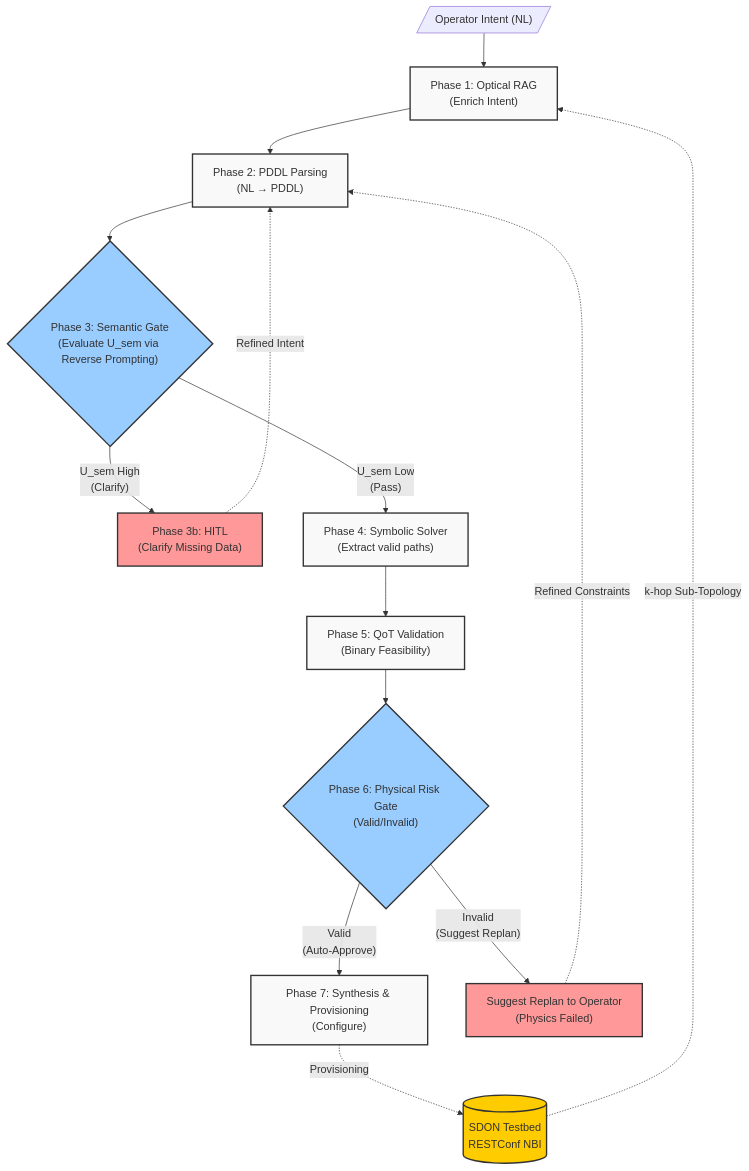
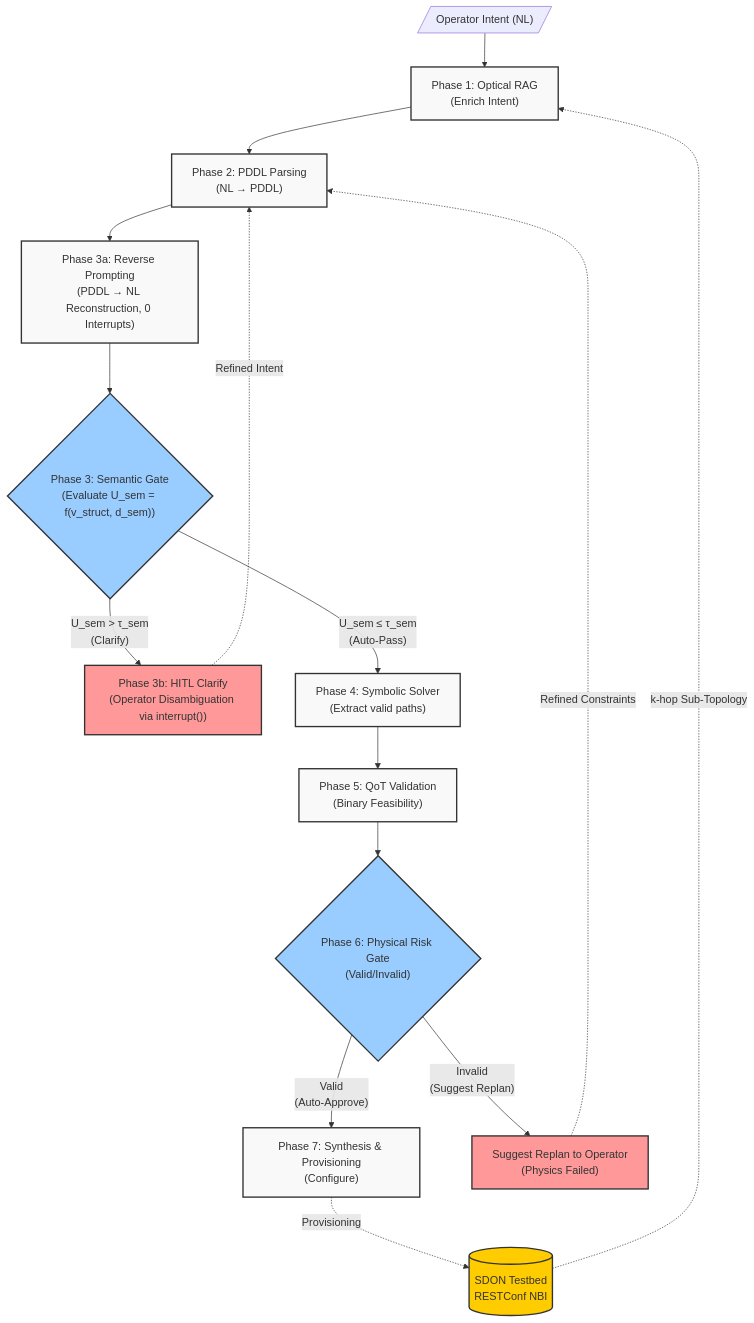
The diagram in docs/LLM_Wiki/wiki/architecture/Architecture_v5.md (ABADIAb/MultiAgent-ON), drawn with Mermaid before and after one commit. The commit also changed other lines of this file and 20 other files, not shown here.

Commit message:
feat(pipeline): decouple reverse prompting, add CFG AST validator, and support node exclusion

````diff
--- a/docs/LLM_Wiki/wiki/architecture/Architecture_v5.md
+++ b/docs/LLM_Wiki/wiki/architecture/Architecture_v5.md
@@ -33,39 +34,41 @@
 ```mermaid
 flowchart TD
     %% Styling
     classDef phase fill:#f9f9f9,stroke:#333,stroke-width:2px
     classDef decision fill:#99ccff,stroke:#333,stroke-width:2px
     classDef hitl fill:#ff9999,stroke:#333,stroke-width:2px
     classDef testbed fill:#ffcc00,stroke:#333,stroke-width:2px
     classDef reject fill:#ff6666,stroke:#333,stroke-width:2px,color:#fff
 
     UserIntent[/"Operator Intent (NL)"/] --> Phase1
      
     Phase1["Phase 1: Optical RAG<br/>(Enrich Intent)"]:::phase
     Phase2["Phase 2: PDDL Parsing<br/>(NL → PDDL)"]:::phase
-    Phase3{"Phase 3: Semantic Gate<br/>(Evaluate U_sem via Reverse Prompting)"}:::decision
-    Phase3b["Phase 3b: HITL<br/>(Clarify Missing Data)"]:::hitl
+    Phase3a["Phase 3a: Reverse Prompting<br/>(PDDL → NL Reconstruction, 0 Interrupts)"]:::phase
+    Phase3{"Phase 3: Semantic Gate<br/>(Evaluate U_sem = f(v_struct, d_sem))"}:::decision
+    Phase3b["Phase 3b: HITL Clarify<br/>(Operator Disambiguation via interrupt())"]:::hitl
     Phase4["Phase 4: Symbolic Solver<br/>(Extract valid paths)"]:::phase
     Phase5["Phase 5: QoT Validation<br/>(Binary Feasibility)"]:::phase
     Phase6{"Phase 6: Physical Risk Gate<br/>(Valid/Invalid)"}:::decision
     Phase7["Phase 7: Synthesis & Provisioning<br/>(Configure)"]:::phase
     
     Replan["Suggest Replan to Operator<br/>(Physics Failed)"]:::hitl
     
     Phase1 --> Phase2
-    Phase2 --> Phase3
-    Phase3 -->|"U_sem High<br/>(Clarify)"| Phase3b
+    Phase2 --> Phase3a
+    Phase3a --> Phase3
+    Phase3 -->|"U_sem > τ_sem<br/>(Clarify)"| Phase3b
     Phase3b -.->|"Refined Intent"| Phase2
-    Phase3 -->|"U_sem Low<br/>(Pass)"| Phase4
+    Phase3 -->|"U_sem ≤ τ_sem<br/>(Auto-Pass)"| Phase4
     Phase4 --> Phase5
     Phase5 --> Phase6
     
     Phase6 -->|"Valid<br/>(Auto-Approve)"| Phase7
     Phase6 -->|"Invalid<br/>(Suggest Replan)"| Replan
 
     Replan -.->|"Refined Constraints"| Phase2
 
     Testbed[("SDON Testbed<br/>RESTConf NBI")]:::testbed
     Phase7 -.->|"Provisioning"| Testbed
     Testbed -.->|"k-hop Sub-Topology"| Phase1
 ```
````
